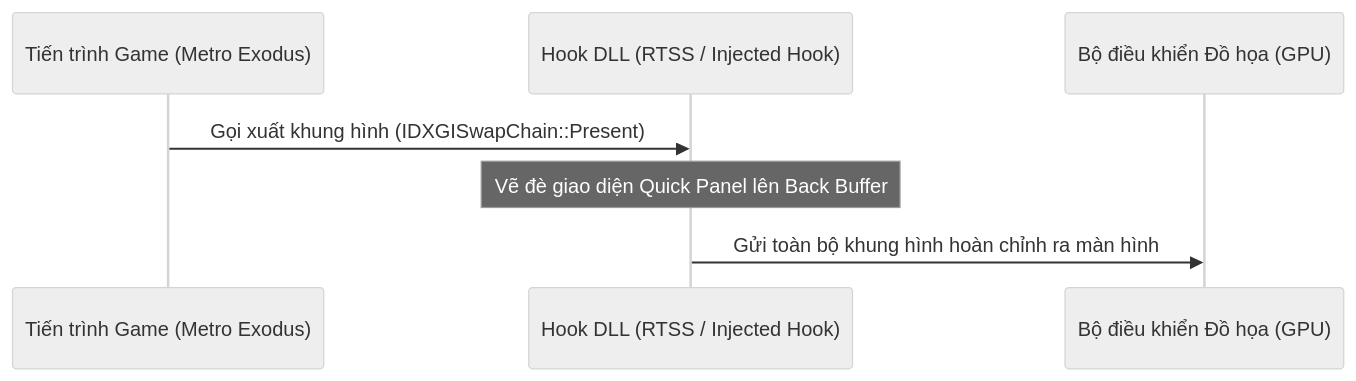
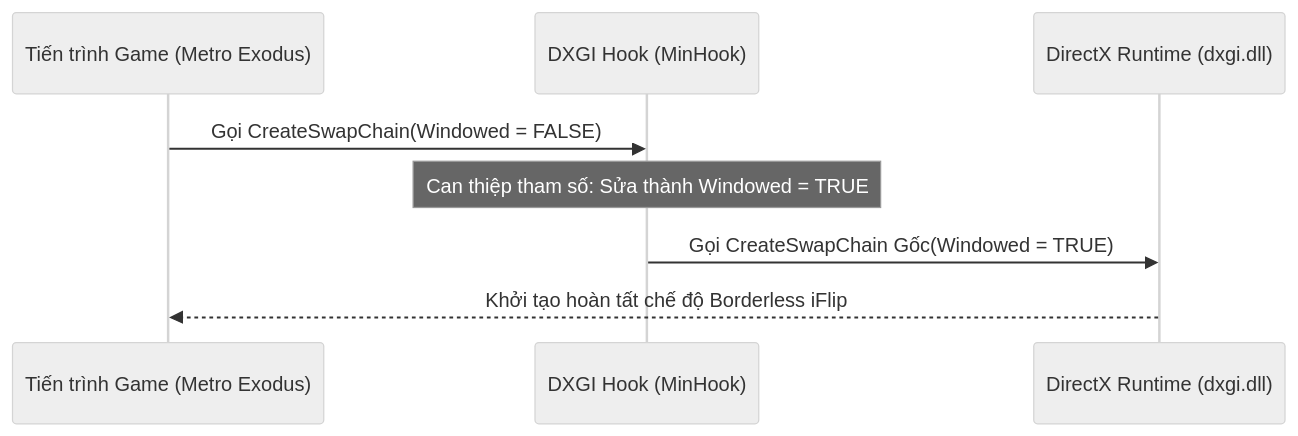
One commit to minhtaama/windows-handheld-tool changed the fourth of 5 diagrams in note.md. Above: the diagram before and after it, drawn with Mermaid (neutral theme). The commit also changed other lines of this file and 2 other files, not shown here.

````diff
--- a/note.md
+++ b/note.md
@@ -81,10 +91,11 @@
 ```mermaid
 sequenceDiagram
     participant Game as Tiến trình Game (Metro Exodus)
-    participant Hook as Hook DLL (RTSS / Injected Hook)
-    participant GPU as Bộ điều khiển Đồ họa (GPU)
+    participant Hook as DXGI Hook (MinHook)
+    participant DXGI as DirectX Runtime (dxgi.dll)
 
-    Game->>Hook: Gọi xuất khung hình (IDXGISwapChain::Present)
-    Note over Hook: Vẽ đè giao diện Quick Panel lên Back Buffer
-    Hook->>GPU: Gửi toàn bộ khung hình hoàn chỉnh ra màn hình
+    Game->>Hook: Gọi CreateSwapChain(Windowed = FALSE)
+    Note over Hook: Can thiệp tham số: Sửa thành Windowed = TRUE
+    Hook->>DXGI: Gọi CreateSwapChain Gốc(Windowed = TRUE)
+    DXGI-->>Game: Khởi tạo hoàn tất chế độ Borderless iFlip
 ```
````
